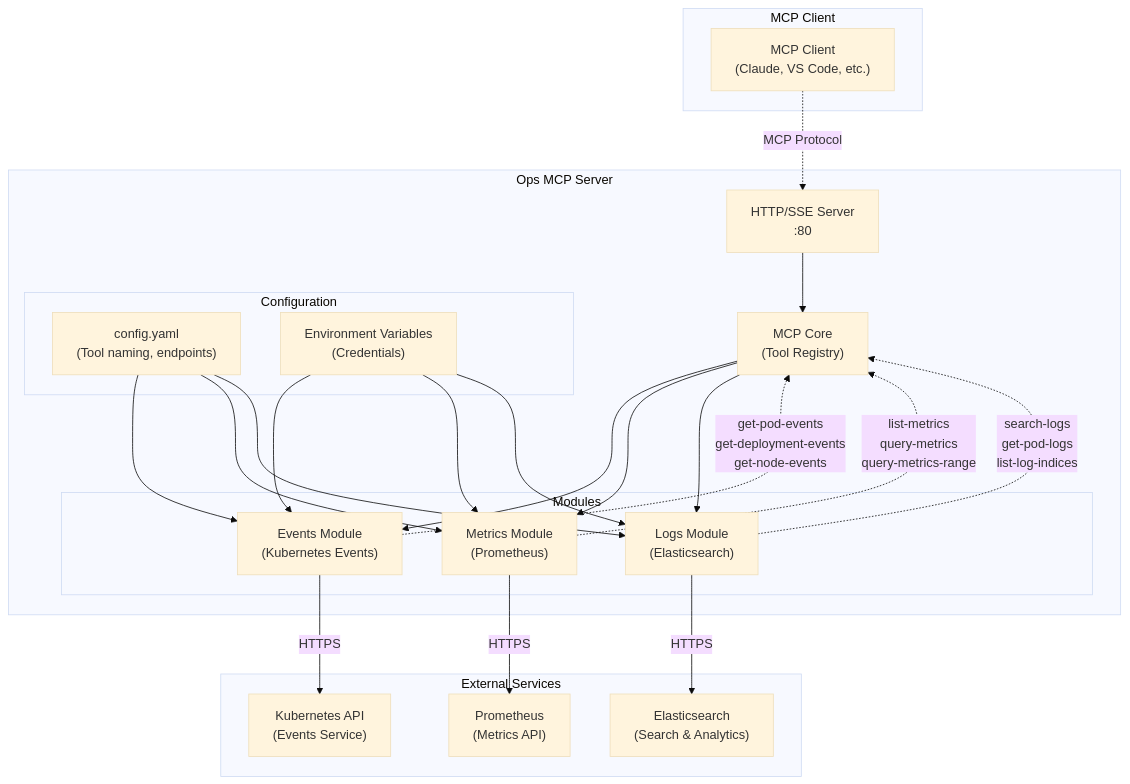
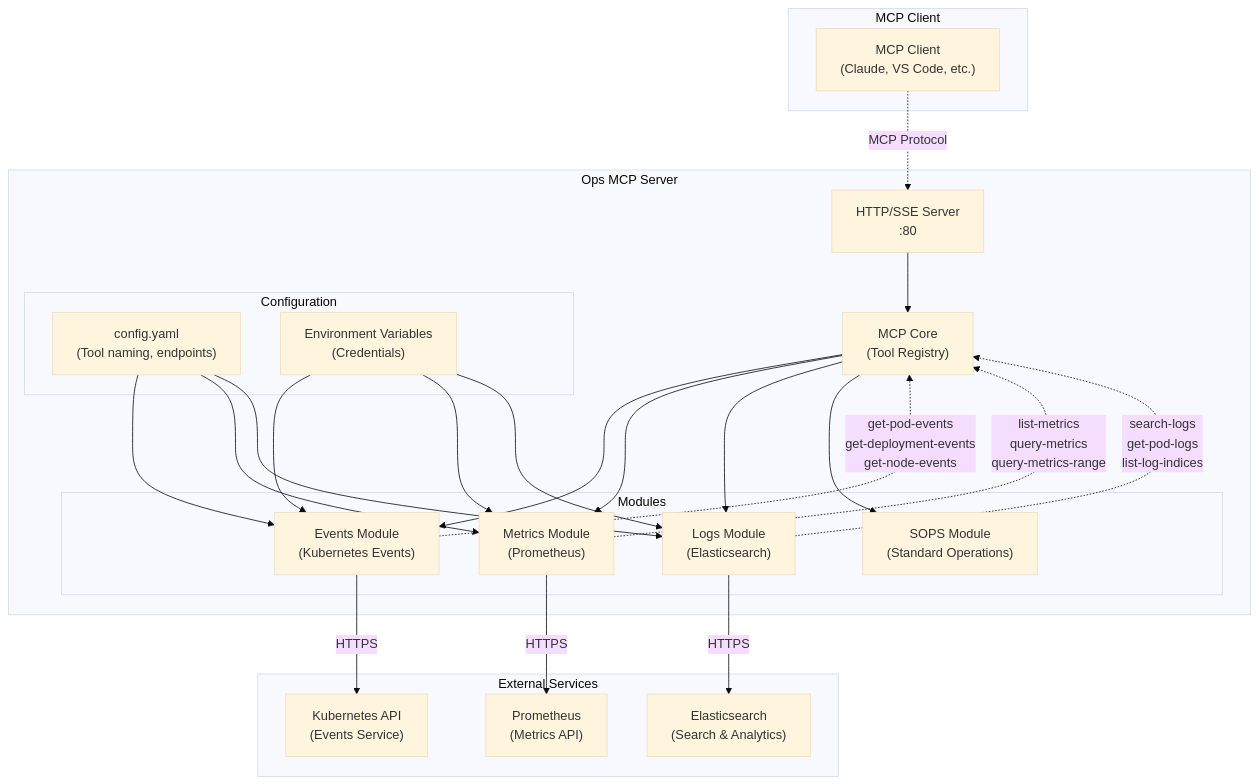
Before and after one commit to shaowenchen/ops-mcp-server: the diagram in README.md, drawn with Mermaid (base theme). The commit also changed other lines of this file and 2561 other files, not shown here.

````diff
--- a/README.md
+++ b/README.md
@@ -11,49 +11,51 @@
 ```mermaid
 graph TB
     subgraph "MCP Client"
         Client["MCP Client<br/>(Claude, VS Code, etc.)"]
     end
 
     subgraph "Ops MCP Server"
         Server["HTTP/SSE Server<br/>:80"]
         Core["MCP Core<br/>(Tool Registry)"]
 
         subgraph "Modules"
             Events["Events Module<br/>(Kubernetes Events)"]
             Metrics["Metrics Module<br/>(Prometheus)"]
             Logs["Logs Module<br/>(Elasticsearch)"]
+            SOPS["SOPS Module<br/>(Standard Operations)"]
         end
 
         subgraph "Configuration"
             Config["config.yaml<br/>(Tool naming, endpoints)"]
             Env["Environment Variables<br/>(Credentials)"]
         end
     end
 
     subgraph "External Services"
         K8sAPI["Kubernetes API<br/>(Events Service)"]
         Prometheus["Prometheus<br/>(Metrics API)"]
         ES["Elasticsearch<br/>(Search & Analytics)"]
     end
 
     Client -.->|MCP Protocol| Server
     Server --> Core
     Core --> Events
     Core --> Metrics
     Core --> Logs
+    Core --> SOPS
 
     Events -->|HTTPS| K8sAPI
     Metrics -->|HTTPS| Prometheus
     Logs -->|HTTPS| ES
 
     Config --> Events
     Config --> Metrics
     Config --> Logs
     Env --> Events
     Env --> Metrics
     Env --> Logs
 
     Events -.->|"get-pod-events<br/>get-deployment-events<br/>get-node-events"| Core
     Metrics -.->|"list-metrics<br/>query-metrics<br/>query-metrics-range"| Core
     Logs -.->|"search-logs<br/>get-pod-logs<br/>list-log-indices"| Core
 ```
````
